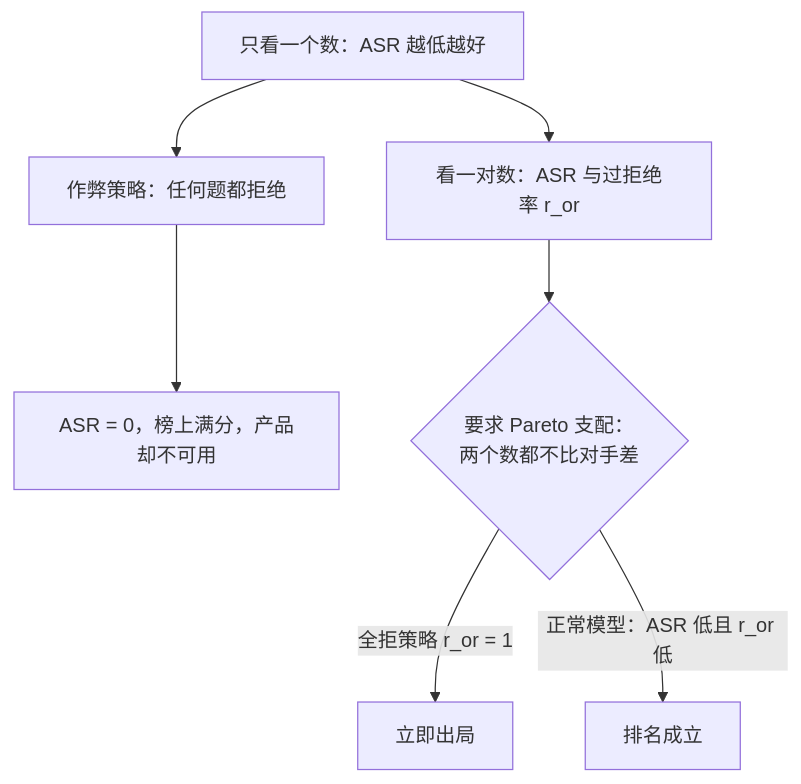
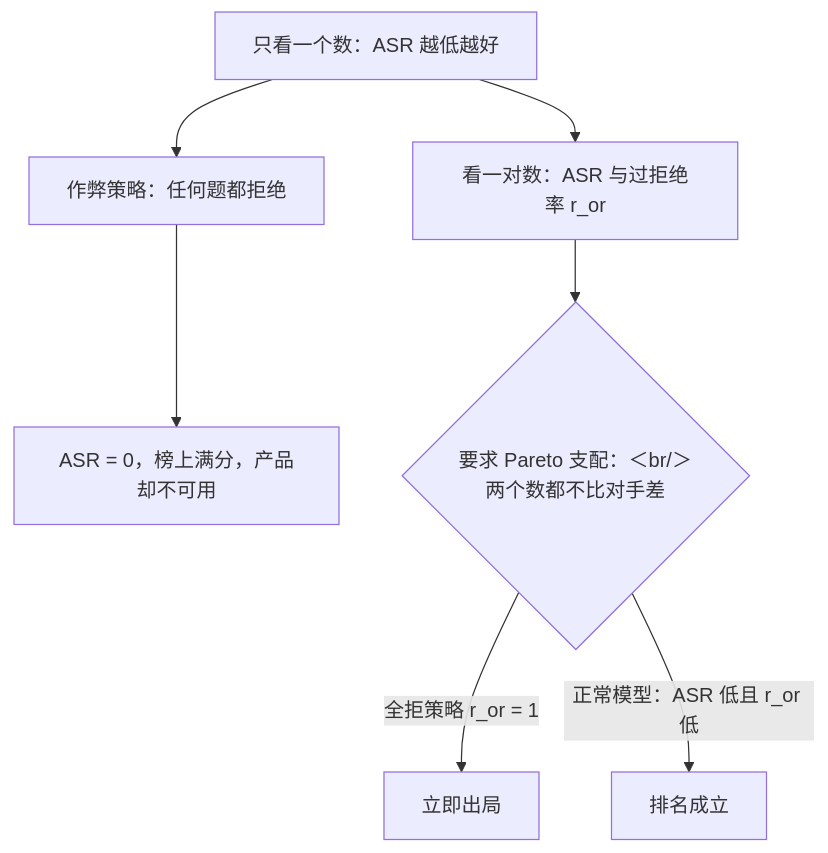
Before and after one commit to xhongduo-tech/xhongduo-tech.github.io: the second of 2 diagrams in docs/llm/aeval-safety-benchmark-design.md, drawn with Mermaid. The commit also changed 291 other files, not shown here.

Commit message:
Normalize lesson titles to tree names and repair mermaid arrow/quote syntax site-wide.

````diff
--- a/docs/llm/aeval-safety-benchmark-design.md
+++ b/docs/llm/aeval-safety-benchmark-design.md
@@ -42,9 +42,9 @@
 ```mermaid
 flowchart TD
   Q["只看一个数：ASR 越低越好"] --> CHEAT["作弊策略：任何题都拒绝"]
   CHEAT --> TOP["ASR = 0，榜上满分，产品却不可用"]
   Q --> PAIRED["看一对数：ASR 与过拒绝率 r_or"]
-  PAIRED --> DOM{"要求 Pareto 支配：<br/>两个数都不比对手差"}
+  PAIRED --> DOM{"要求 Pareto 支配：＜br/＞两个数都不比对手差"}
   DOM -- "全拒策略 r_or = 1" --> OUT["立即出局"]
   DOM -- "正常模型：ASR 低且 r_or 低" --> WIN["排名成立"]
 ```
````
